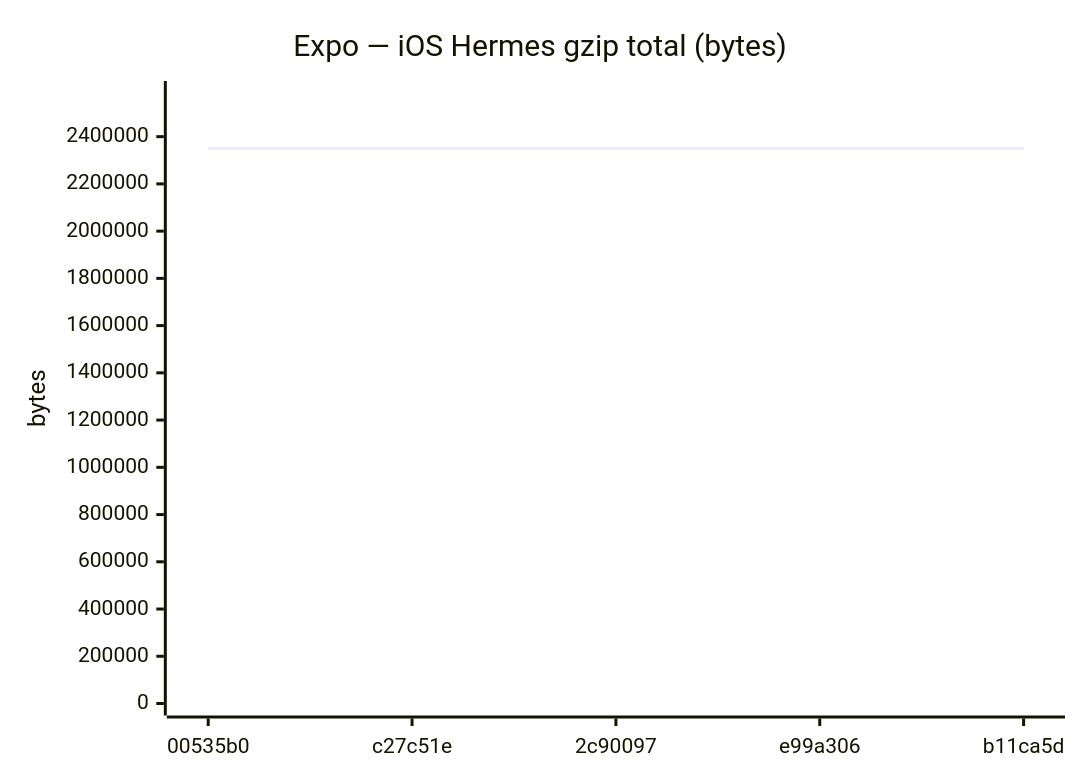
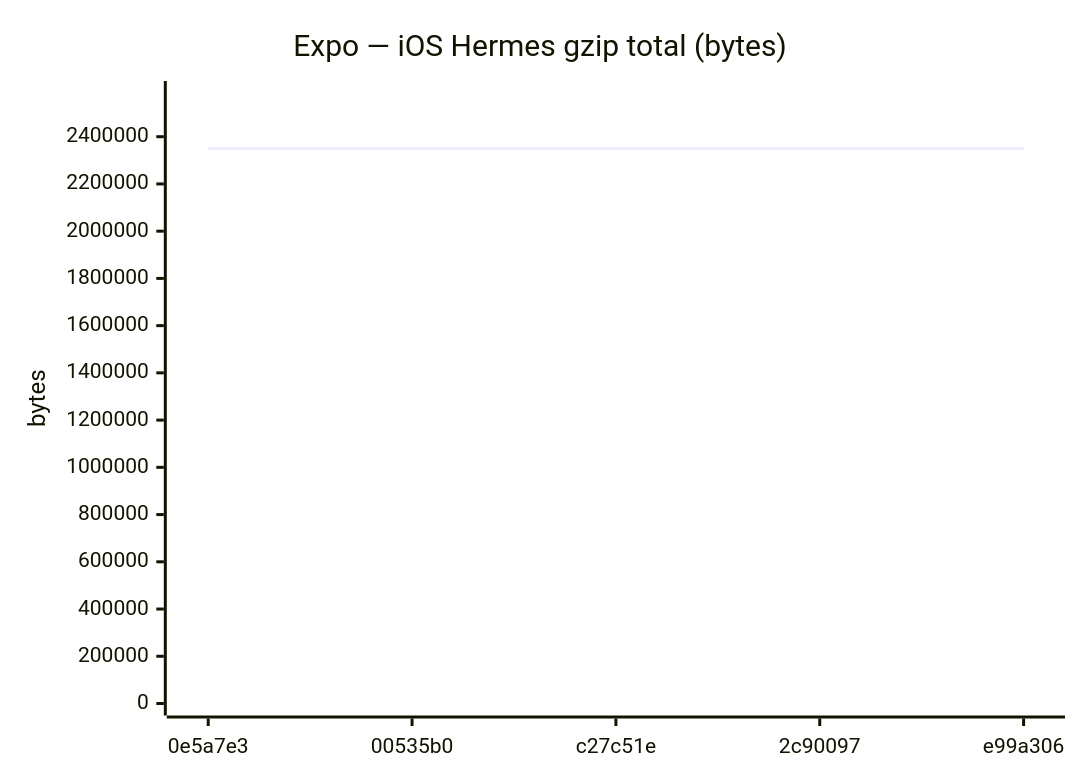
Diagram 16 of 24 in benchmarks/compare.md (Metaheurist/Rianell), drawn with Mermaid before and after one commit. The commit also changed other lines of this file and 12 other files, not shown here.

````diff
--- a/benchmarks/compare.md
+++ b/benchmarks/compare.md
@@ -208,7 +212,7 @@
 ```mermaid
 xychart-beta
     title "Expo — iOS Hermes gzip total (bytes)"
-    x-axis ["00535b0", "c27c51e", "2c90097", "e99a306", "b11ca5d"]
-    y-axis "bytes" 0 --> 2584856
-    line [2349868, 2349864, 2349868, 2349869, 2349865]
+    x-axis ["0e5a7e3", "00535b0", "c27c51e", "2c90097", "e99a306"]
+    y-axis "bytes" 0 --> 2585046
+    line [2350041, 2349868, 2349864, 2349868, 2349869]
 ```
````
